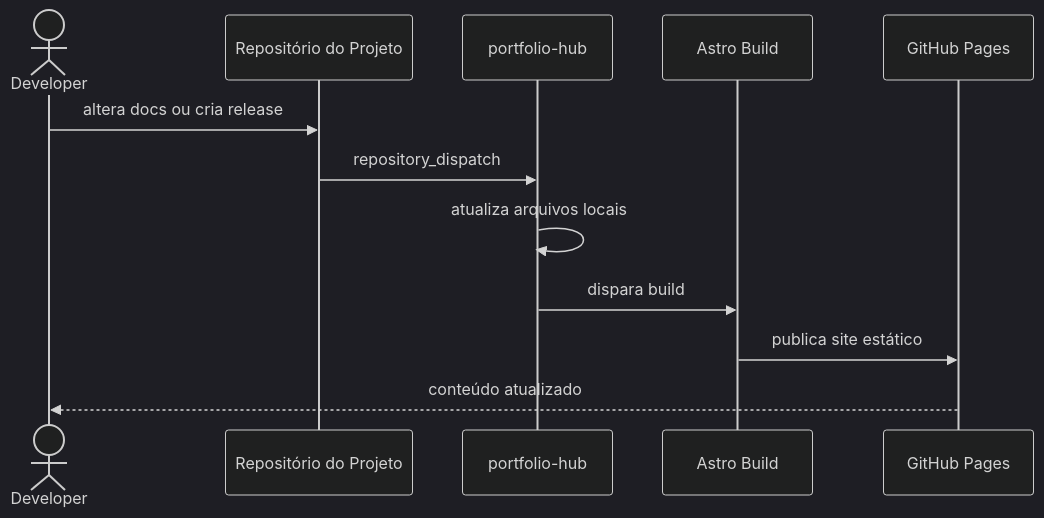
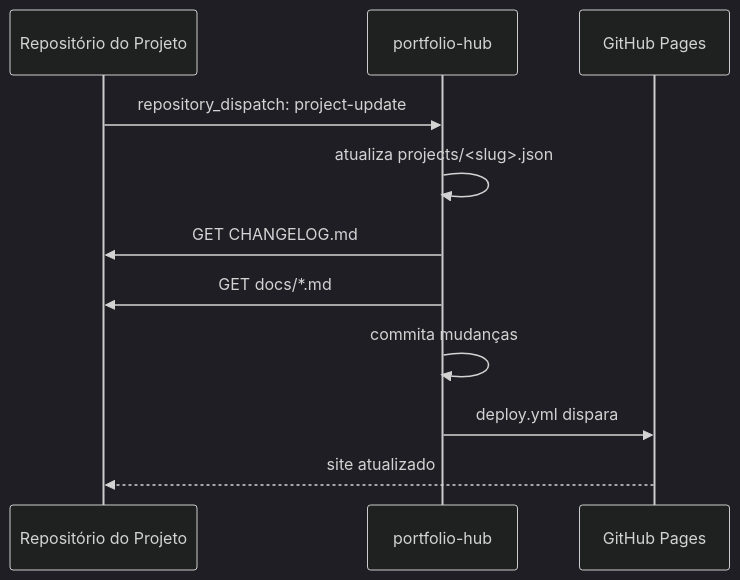
One commit to MatheusAzevedoDev/portfolio-hub changed the fourth of 6 diagrams in docs/gitops-portfolio-lambda/architecture.md. Above: the diagram before and after it, drawn with Mermaid (dark theme). The commit also changed other lines of this file and 4 other files, not shown here.

````diff
--- a/docs/gitops-portfolio-lambda/architecture.md
+++ b/docs/gitops-portfolio-lambda/architecture.md
@@ -185,15 +140,14 @@
 ```mermaid
 sequenceDiagram
-    actor Dev as Developer
     participant Repo as Repositório do Projeto
     participant Hub as portfolio-hub
-    participant Build as Astro Build
     participant Pages as GitHub Pages
 
-    Dev->>Repo: altera docs ou cria release
-    Repo->>Hub: repository_dispatch
-    Hub->>Hub: atualiza arquivos locais
-    Hub->>Build: dispara build
-    Build->>Pages: publica site estático
-    Pages-->>Dev: conteúdo atualizado
+    Repo->>Hub: repository_dispatch: project-update
+    Hub->>Hub: atualiza projects/<slug>.json
+    Hub->>Repo: GET CHANGELOG.md
+    Hub->>Repo: GET docs/*.md
+    Hub->>Hub: commita mudanças
+    Hub->>Pages: deploy.yml dispara
+    Pages-->>Repo: site atualizado
 ```
````
